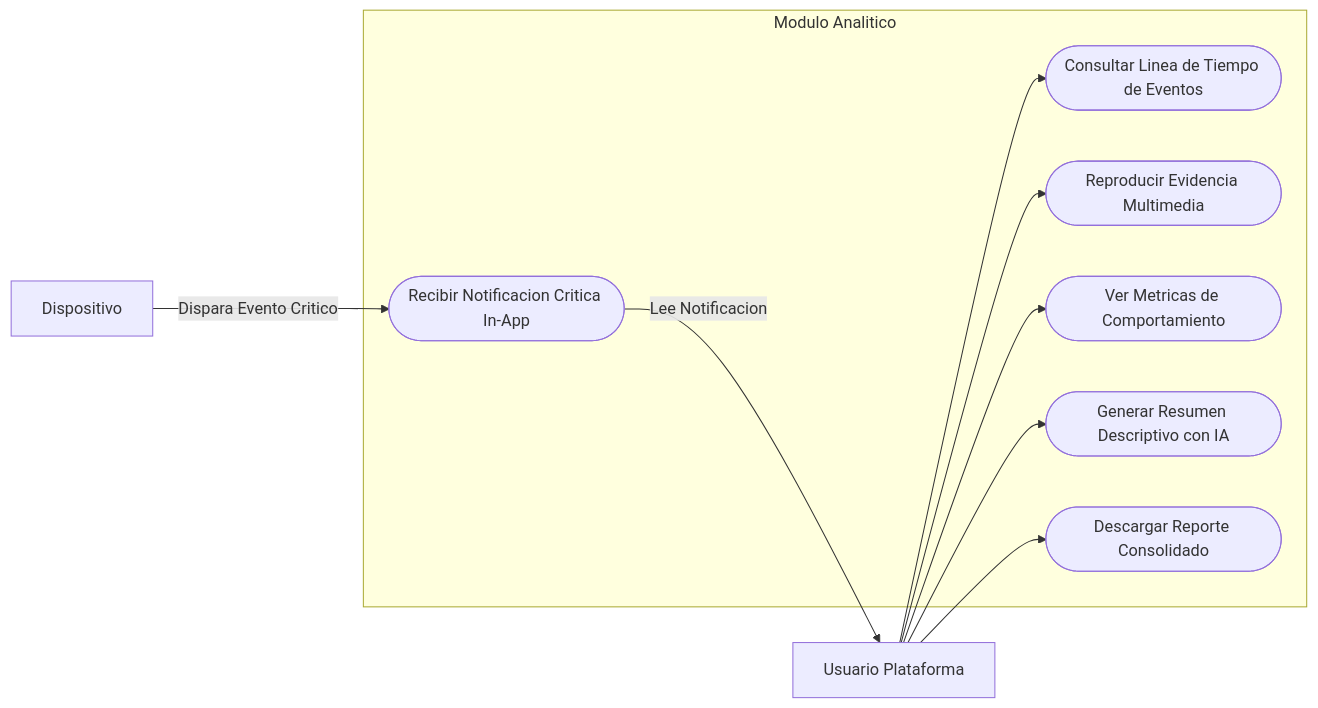
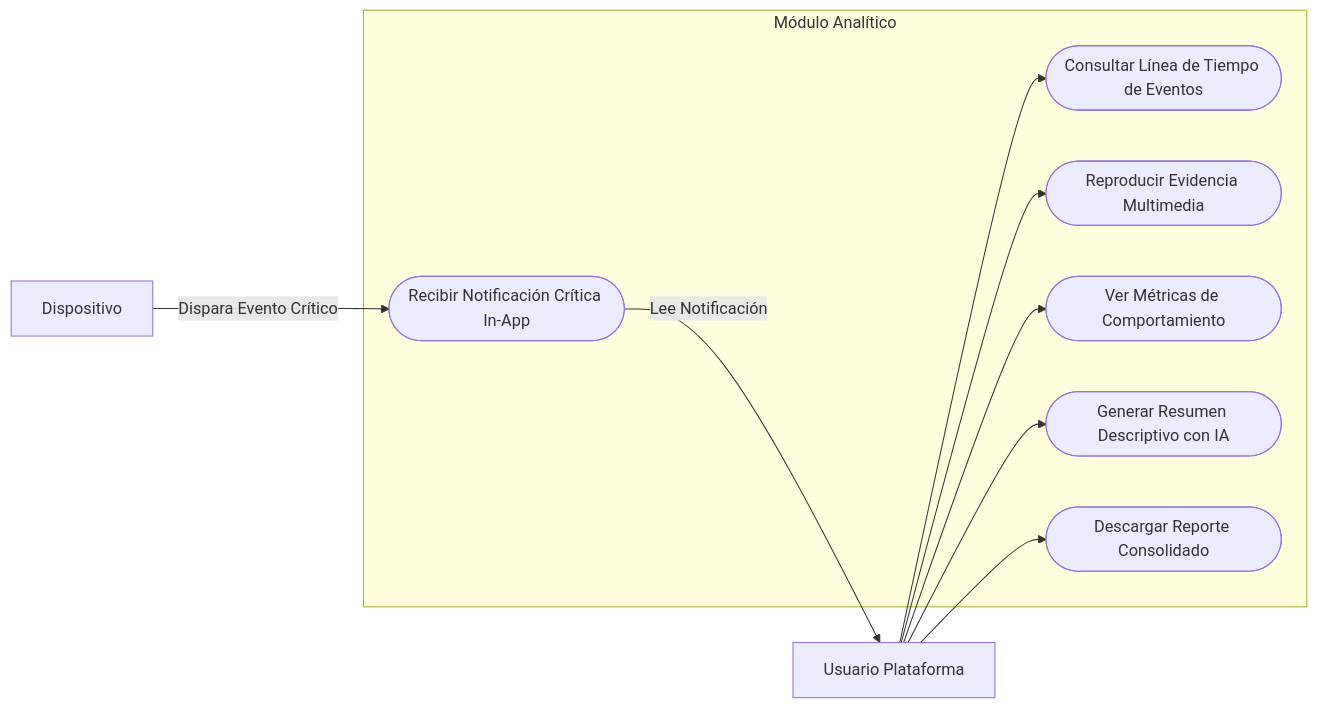
The diagram in docs/08-uml/diagrams/source/cu-analytics-visualization.mmd (SomnGuard/somnguard-docs), drawn with Mermaid before and after one commit. The commit also changed 60 other files, not shown here.

```diff
--- a/docs/08-uml/diagrams/source/cu-analytics-visualization.mmd
+++ b/docs/08-uml/diagrams/source/cu-analytics-visualization.mmd
@@ -1,21 +1,21 @@
 flowchart LR
     A1[Usuario Plataforma]
     A2[Dispositivo]
 
-    subgraph Modulo Analitico
-        UC1([Consultar Linea de Tiempo de Eventos])
+    subgraph Módulo Analítico
+        UC1([Consultar Línea de Tiempo de Eventos])
         UC2([Reproducir Evidencia Multimedia])
-        UC3([Ver Metricas de Comportamiento])
+        UC3([Ver Métricas de Comportamiento])
         UC4([Generar Resumen Descriptivo con IA])
         UC5([Descargar Reporte Consolidado])
-        UC6([Recibir Notificacion Critica In-App])
+        UC6([Recibir Notificación Crítica In-App])
     end
 
     A1 --> UC1
     A1 --> UC2
     A1 --> UC3
     A1 --> UC4
     A1 --> UC5
-    UC6 -->|Lee Notificacion| A1
+    UC6 -->|Lee Notificación| A1
 
-    A2 -->|Dispara Evento Critico| UC6
+    A2 -->|Dispara Evento Crítico| UC6
```
